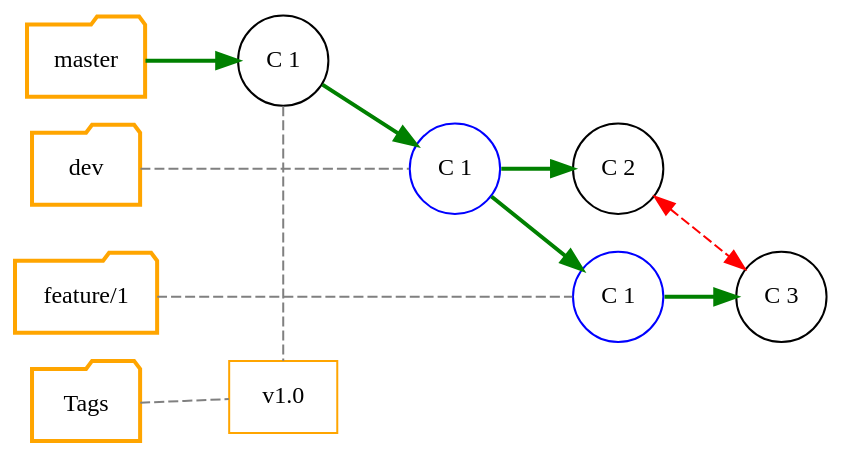
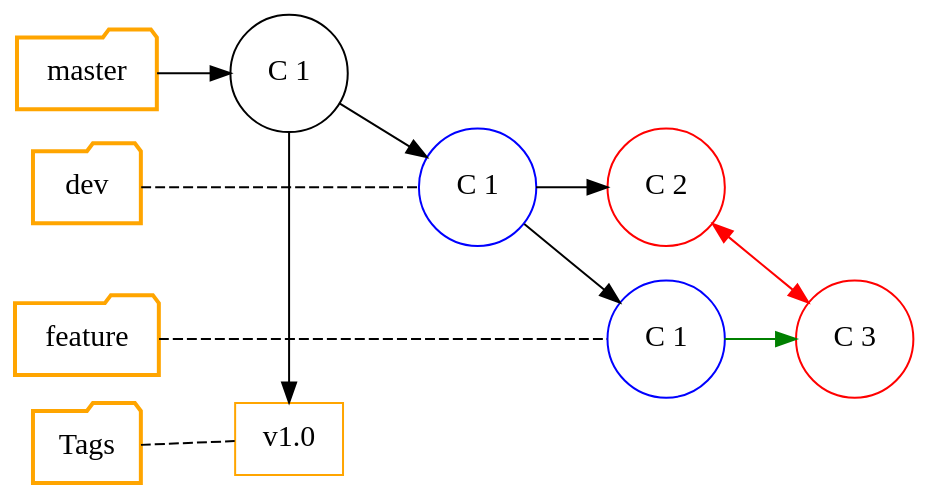
Before and after one commit to Gepardec/git-training: the diagram in slides/intro/src/docs/asciidoc/graphviz/git-scenario-5.dot, drawn with Graphviz. The commit also changed 17 other files, not shown here.

```diff
--- a/slides/intro/src/docs/asciidoc/graphviz/git-scenario-5.dot
+++ b/slides/intro/src/docs/asciidoc/graphviz/git-scenario-5.dot
@@ -1,54 +1,52 @@
-digraph git_branch_model {
-  splines=line
-  rankdir="LR"
-  bgcolor="transparent"
+digraph git_scenario_5 {
+    splines=line
+    rankdir="LR"
+    bgcolor="transparent"
 
-  /* Global Node/Edge config */
-  edge[arrowhead=open]
+    /* Nodes representing the branches */
+    node[ fontsize=15.0,style="bold", shape=folder, color=orange]
+    master [group="master"]
+    dev [group="dev"]
+    feature [label="feature", group="feature"]
+    tags [label="Tags", group="tags"]
 
-  /* Nodes representing the branches */
-  node[ fontsize=12.0,style="bold", shape=folder, color=orange]
-  master [group="master"]
-  dev [group="dev"]
-  feature_1 [label="feature/1", group="feature"]
-  tags [label="Tags", group="tags"]
+    /* Nodes representing commit */
+    node[ fontsize=15.0,style="",shape=circle, color=""]
+    C_1[label="C 1", group="master"]
+    C_2[label="C 2", group="dev", color="red"]
+    C_3[label="C 3", group="feature", color="red"]
 
-  /* Nodes representing Tags */
-  node[shape=rect,fontsize=12.0, style="", color=orange]
-  T_1 [label="v1.0", group="release"]
+    /* Nodes representing pointer */
+    node[color="blue"]
+    C_1_D [label="C 1", group="dev"]
+    C_1_F_1 [label="C 1", group="feature"]
 
-  /* Nodes representing commit */
-  node[ fontsize=12.0,style="",shape=circle, color=""]
-  C_1[label="C 1", group="master"]
-  C_2_D[label="C 2", group="dev"]
-  C_3_F_1 [label="C 3", group="feature"]
+    /* Nodes representing Tags */
+    node[shape=rect,fontsize=15.0, style="", color=orange]
+    T_1 [label="v1.0", group="release"]
 
-  /* Nodes representing pointer */
-  node[color="blue"]
-  C_1_D [label="C 1", group="dev"]
-  C_1_F_1 [label="C 1", group="feature"]
+    /* Define master branch commits */
+    master -> C_1
+    feature -> C_1_F_1 [arrowhead=none,style="dashed"]
+    dev -> C_1_D [arrowhead=none,style="dashed"]
+    tags -> T_1 [arrowhead=none,style="dashed"]
 
-  edge[arrowhead=none, style="dashed",color=gray]
-  /* Define branch commits */
-  master -> C_1 [arrowhead="", color="green", style="bold"]
-  feature_1 -> C_1_F_1
-  tags -> T_1
+    /* 1. inter branch commit */
+    C_1 -> C_1_D -> C_1_F_1
+    C_1_D -> C_2
+    C_1_F_1 -> C_3 [color="green"]
 
-  /* Define dev branch commits */
-  dev -> C_1_D
+    /* 2. Git Tags */
+    C_1 -> T_1
 
-  /* 2. Git Tags */
-  C_1 -> T_1
+    /* 3. Conflicts */
+    C_2 -> C_3 [dir=both,color=red]
 
-  edge[color="green", arrowhead="",  style="bold"]
-  /* Commit flow */
-  C_1 -> C_1_D -> { C_1_F_1 C_2_D }
-  C_1_F_1 -> C_3_F_1
+    /* Connect branches with invis edges, to declare ordering this way */
+    edge[style=invis]
+    master -> dev -> feature -> tags
 
-  edge[dir=both, color="red", style=dashed, arrowhead=""]
-  C_2_D -> C_3_F_1
-
-  {rank=same; master dev feature_1 tags}
-  {rank=same; C_1 T_1}
-  {rank=same; C_2_D C_1_F_1}
+    {rank=same; C_1 T_1}
+    {rank=same; C_2 C_1_F_1}
+    {rank=same; master dev feature tags}
 }
```
